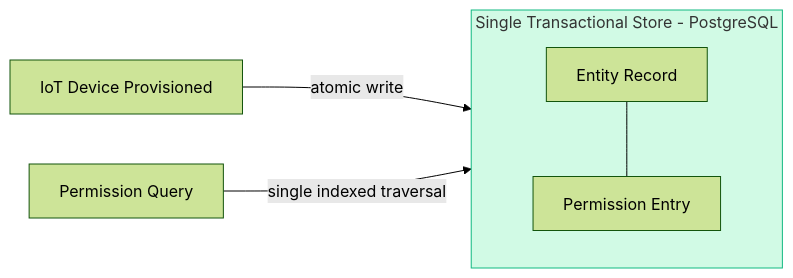
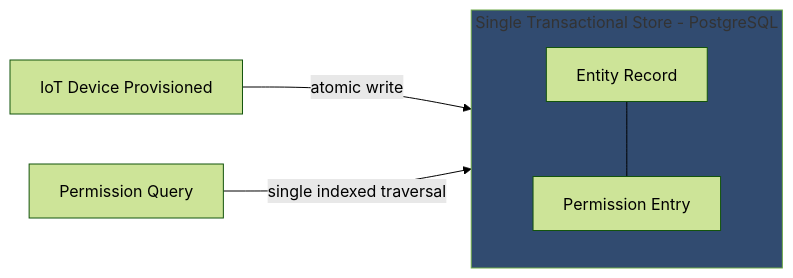
Before and after one commit to absmach/website: the second of 2 diagrams in src/content/blogs/why-split-identity-auth-breaks-at-scale.md, drawn with Mermaid (forest theme). The commit also changed other lines of this file and 1 other file, not shown here.

Commit message:
add mermaid rendering option

````diff
--- a/src/content/blogs/why-split-identity-auth-breaks-at-scale.md
+++ b/src/content/blogs/why-split-identity-auth-breaks-at-scale.md
@@ -78,13 +78,13 @@
 ```mermaid
 flowchart LR
     D["IoT Device Provisioned"]
     Q["Permission Query"]
     subgraph US["Single Transactional Store - PostgreSQL"]
         ER[Entity Record]
         PR[Permission Entry]
         ER --- PR
     end
     D -->|"atomic write"| US
     Q -->|"single indexed traversal"| US
-    style US fill:#d1fae5,stroke:#10b981
+    style US fill:#314b70
 ```
````
